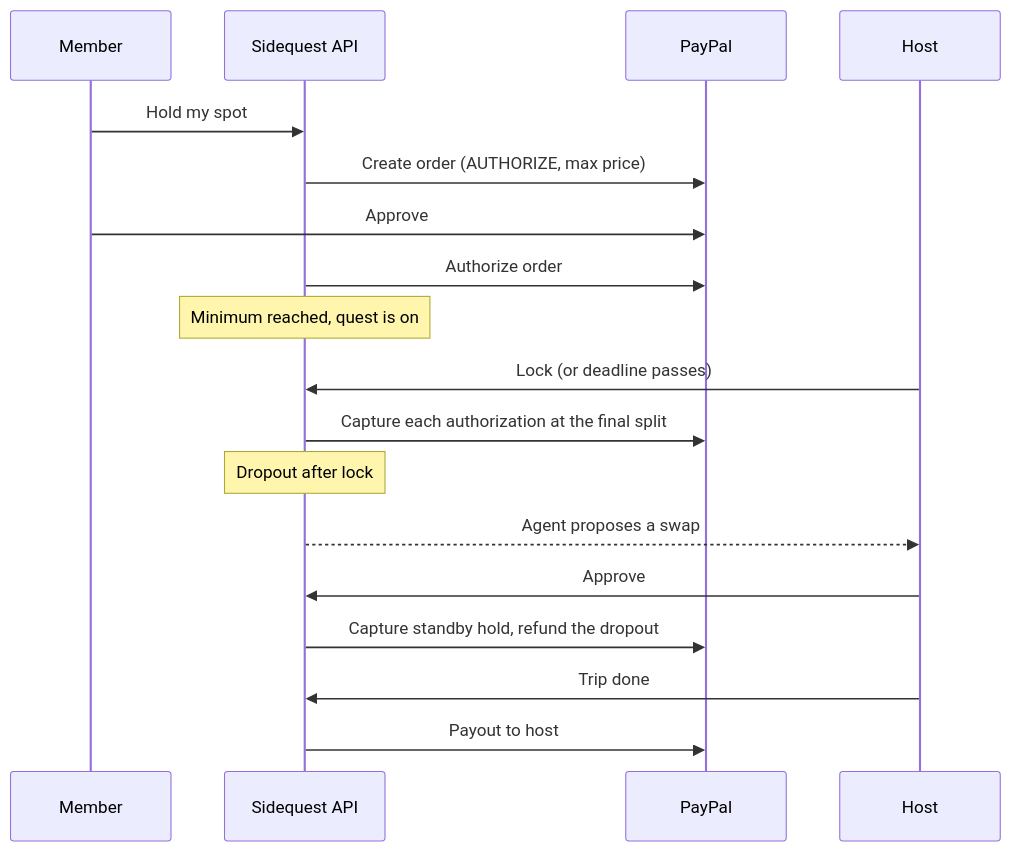
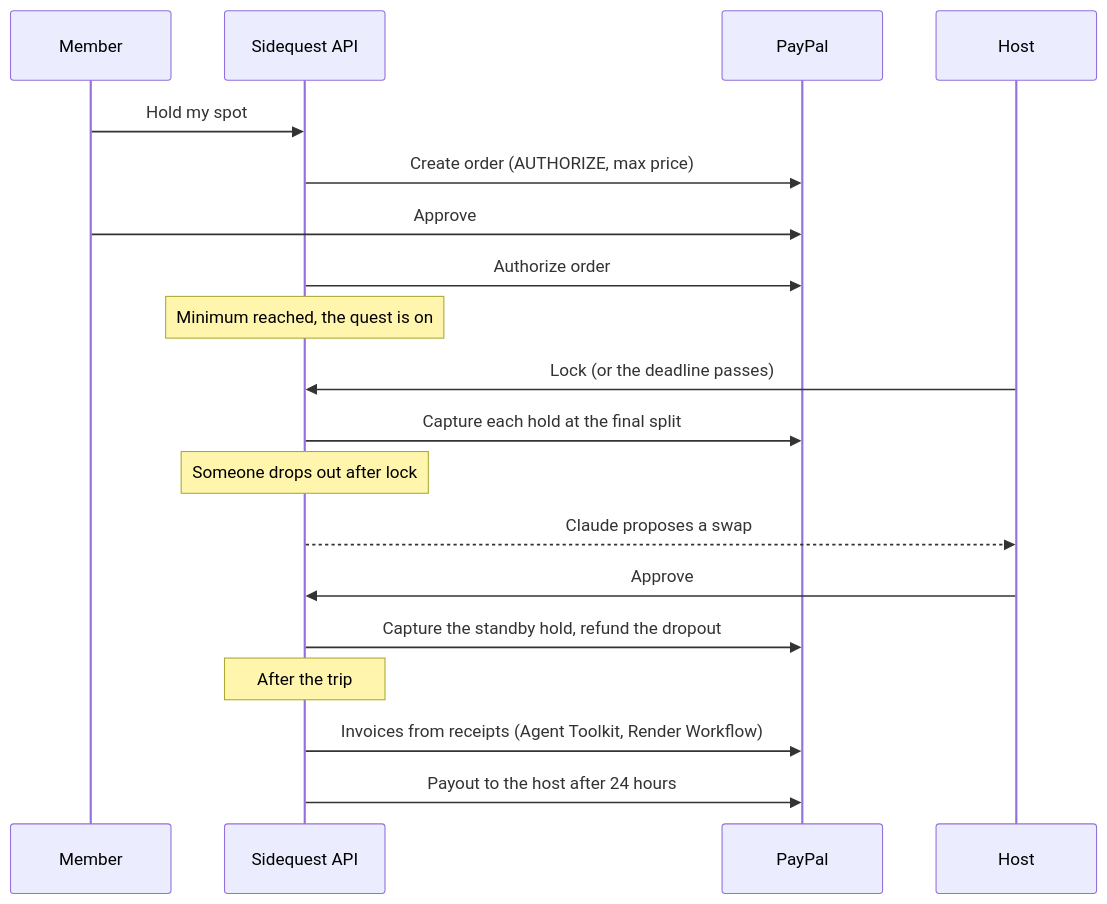
One commit to honruiliew-bit/side-quest changed the diagram in README.md. Above: the diagram before and after it, drawn with Mermaid. The commit also changed other lines of this file and 10 other files, not shown here.

````diff
--- a/README.md
+++ b/README.md
@@ -37,20 +114,21 @@
 ```mermaid
 sequenceDiagram
   participant M as Member
   participant S as Sidequest API
   participant P as PayPal
   participant H as Host
   M->>S: Hold my spot
   S->>P: Create order (AUTHORIZE, max price)
   M->>P: Approve
   S->>P: Authorize order
-  Note over S: Minimum reached, quest is on
-  H->>S: Lock (or deadline passes)
-  S->>P: Capture each authorization at the final split
-  Note over S: Dropout after lock
-  S-->>H: Agent proposes a swap
+  Note over S: Minimum reached, the quest is on
+  H->>S: Lock (or the deadline passes)
+  S->>P: Capture each hold at the final split
+  Note over S: Someone drops out after lock
+  S-->>H: Claude proposes a swap
   H->>S: Approve
-  S->>P: Capture standby hold, refund the dropout
-  H->>S: Trip done
-  S->>P: Payout to host
+  S->>P: Capture the standby hold, refund the dropout
+  Note over S: After the trip
+  S->>P: Invoices from receipts (Agent Toolkit, Render Workflow)
+  S->>P: Payout to the host after 24 hours
 ```
````
